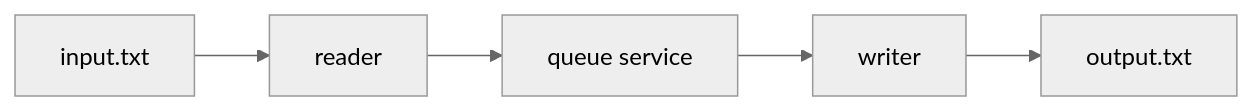
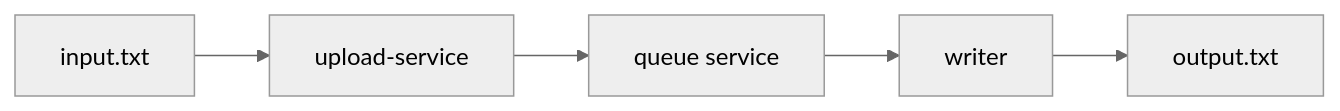
One commit to KlavdiiaKoval/kkv-code-test changed the diagram in README.md. Above: the diagram before and after it, drawn with Mermaid (neutral theme). The commit also changed other lines of this file and 8 other files, not shown here.

````diff
--- a/README.md
+++ b/README.md
@@ -12,4 +12,4 @@
 ```mermaid
 flowchart LR
-  input["input.txt"] --> reader["reader"] --> queue["queue service"] --> writer["writer"] --> output["output.txt"]
+  input["input.txt"] --> upload-service["upload-service"] --> queue["queue service"] --> writer["writer"] --> output["output.txt"]
 ```
````
